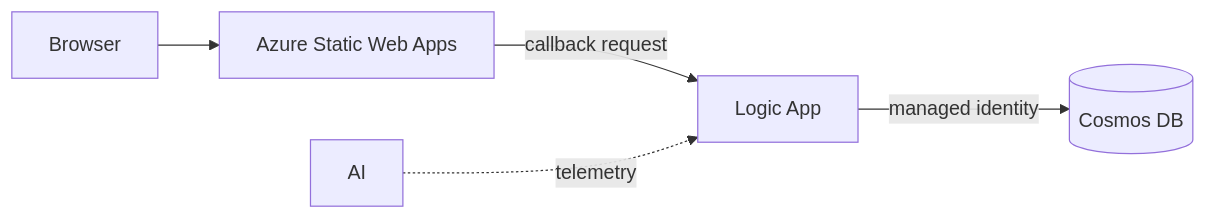
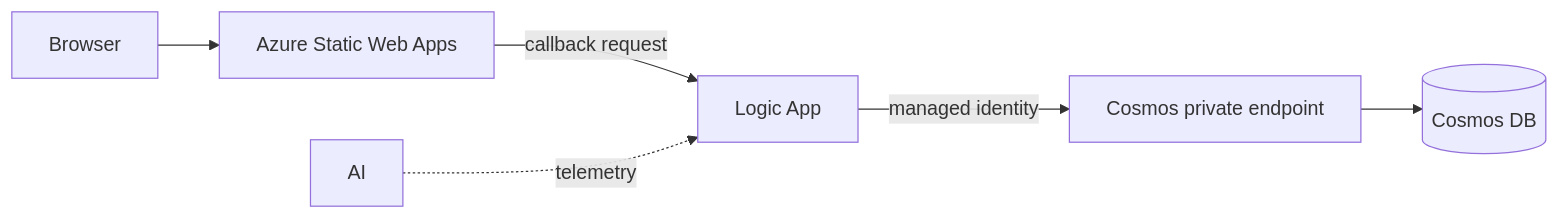
The diagram in labs/01-crud-integration/README.md (scallighan/level-up-azure-integration-services), drawn with Mermaid before and after one commit. The commit also changed other lines of this file and 4 other files, not shown here.

````diff
--- a/labs/01-crud-integration/README.md
+++ b/labs/01-crud-integration/README.md
@@ -22,7 +22,8 @@
 ```mermaid
 flowchart LR
     U[Browser] --> SWA[Azure Static Web Apps]
     SWA -->|callback request| LA[Logic App]
-    LA -->|managed identity| DB[(Cosmos DB)]
+    LA -->|managed identity| PE[Cosmos private endpoint]
+    PE --> DB[(Cosmos DB)]
     AI -. telemetry .-> LA
 ```
````
